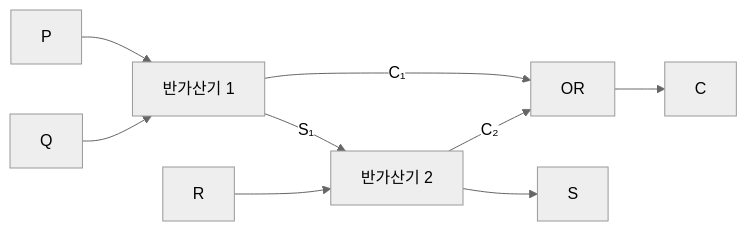
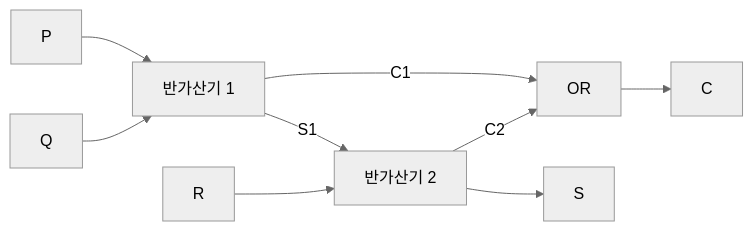
The fourth of 5 diagrams in Lecture-Notes/Ch02_The-Logic-of-Compound-Statements/Concepts_Lecture.ko.md (Choroning/25Fall_Discrete-Mathematics), drawn with Mermaid (neutral theme) before and after one commit. The commit also changed other lines of this file and 37 other files, not shown here.

````diff
--- a/Lecture-Notes/Ch02_The-Logic-of-Compound-Statements/Concepts_Lecture.ko.md
+++ b/Lecture-Notes/Ch02_The-Logic-of-Compound-Statements/Concepts_Lecture.ko.md
@@ -1700,11 +1704,11 @@
 ```mermaid
 graph LR
     P["P"] --> H1["반가산기 1"]
     Q["Q"] --> H1
-    H1 -->|"S₁"| H2["반가산기 2"]
+    H1 -->|"S1"| H2["반가산기 2"]
     R["R"] --> H2
-    H1 -->|"C₁"| OR1["OR"]
-    H2 -->|"C₂"| OR1
+    H1 -->|"C1"| OR1["OR"]
+    H2 -->|"C2"| OR1
     OR1 --> COUT["C"]
     H2 --> SOUT["S"]
 ```
````
